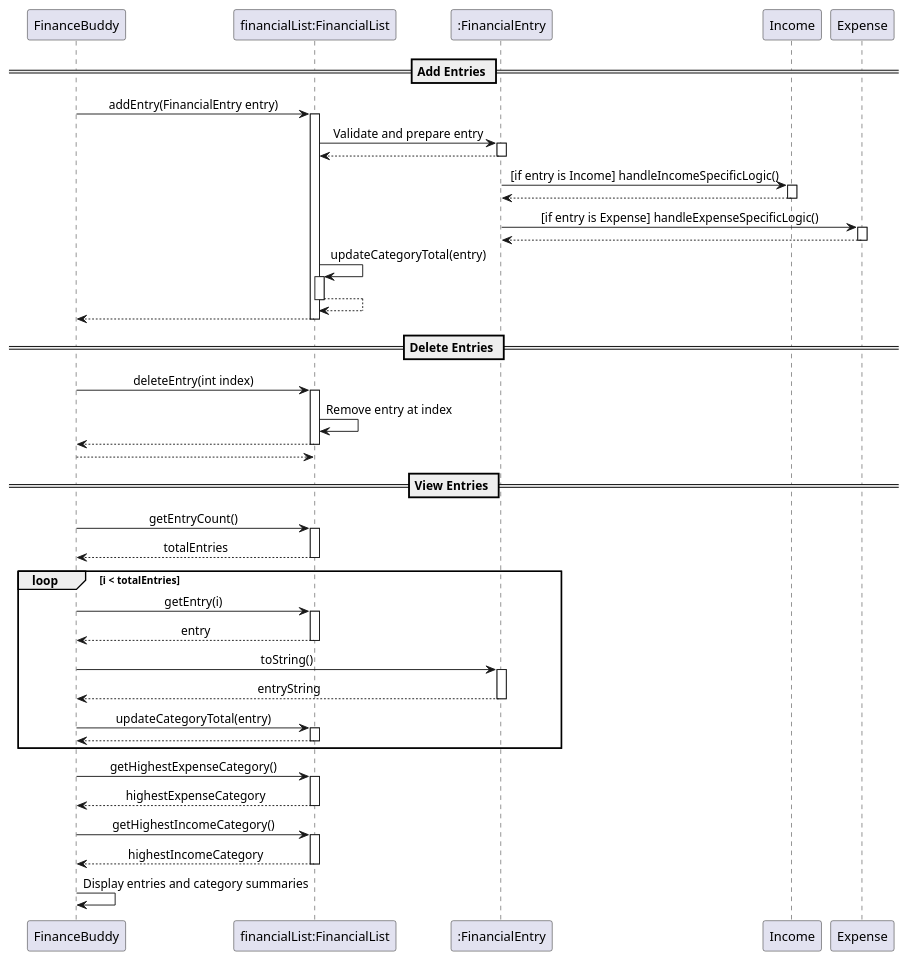
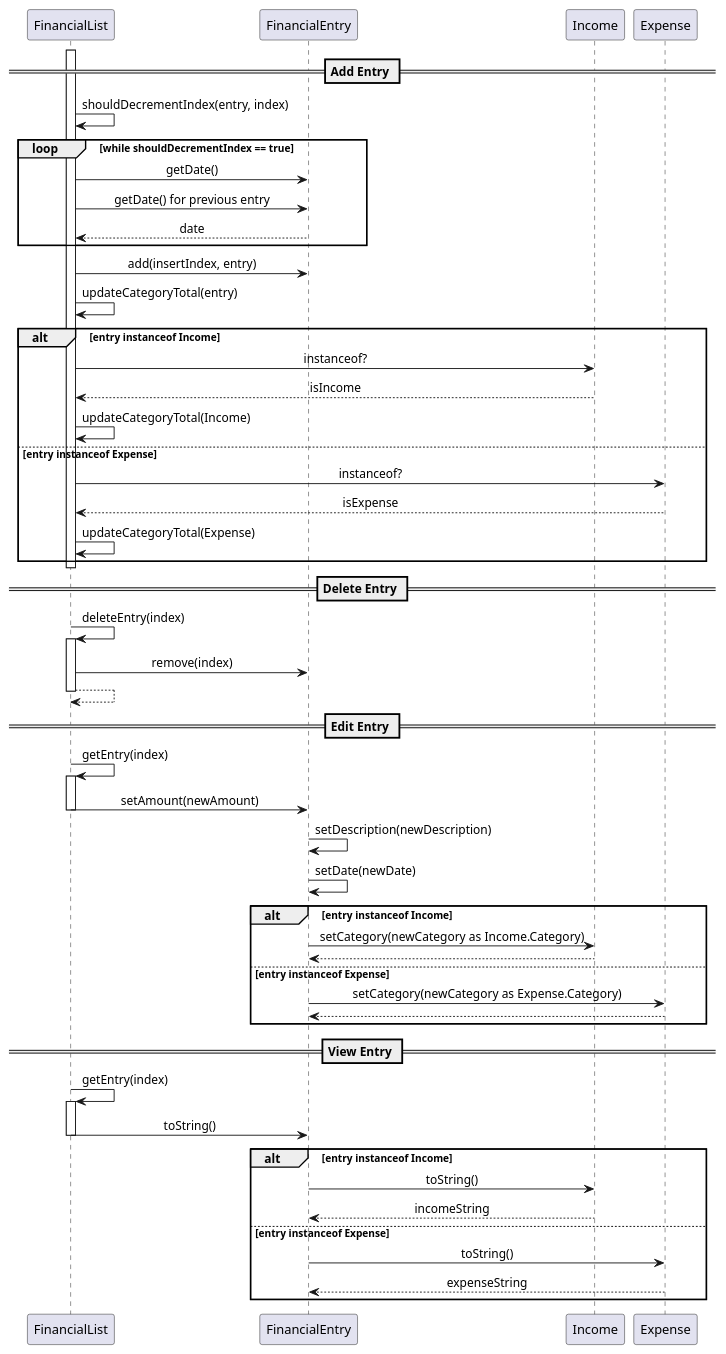
One commit to nus-cs2113-AY2425S1/tp changed the diagram in docs/UML/FinancialEntrySequence.puml. Above: the diagram before and after it, drawn with PlantUML. The commit also changed 1 other file, not shown here.

Commit message:
update Sequence DIagram

```diff
--- a/docs/UML/FinancialEntrySequence.puml
+++ b/docs/UML/FinancialEntrySequence.puml
@@ -1,65 +1,67 @@
 @startuml
 skinparam sequenceMessageAlign center
 skinparam responseMessageBelowArrow true
 
-participant "FinanceBuddy" as fb
-participant "financialList:FinancialList" as list
-participant ":FinancialEntry" as entry
+
+participant "FinancialList" as list
+participant "FinancialEntry" as entry
 participant "Income" as income
 participant "Expense" as expense
 
-== Add Entries ==
-fb -> list : addEntry(FinancialEntry entry)
+== Add Entry ==
 activate list
-list -> entry : Validate and prepare entry
-activate entry
+list -> list : shouldDecrementIndex(entry, index)
+loop while shouldDecrementIndex == true
+    list -> entry : getDate()
+    list -> entry : getDate() for previous entry
+    return date
+end
+list -> entry : add(insertIndex, entry)
+list -> list : updateCategoryTotal(entry)
+alt entry instanceof Income
+    list -> income : instanceof?
+    return isIncome
+    list -> list : updateCategoryTotal(Income)
+else entry instanceof Expense
+    list -> expense : instanceof?
+    return isExpense
+    list -> list : updateCategoryTotal(Expense)
+end
+deactivate list
+
+== Delete Entry ==
+list -> list : deleteEntry(index)
+activate list
+list -> entry : remove(index)
 return
+deactivate list
 
-entry -> income : [if entry is Income] handleIncomeSpecificLogic()
-activate income
-return
-entry -> expense : [if entry is Expense] handleExpenseSpecificLogic()
-activate expense
-return
-
-list -> list : updateCategoryTotal(entry)
+== Edit Entry ==
+list -> list : getEntry(index)
 activate list
-return
-return
-
-== Delete Entries ==
-fb -> list : deleteEntry(int index)
-activate list
-list -> list : Remove entry at index
-return
-return
-
-== View Entries ==
-fb -> list : getEntryCount()
-activate list
-return totalEntries
-
-loop i < totalEntries
-    fb -> list : getEntry(i)
-    activate list
-    return entry
-
-    fb -> entry : toString()
-    activate entry
-    return entryString
-
-    fb -> list : updateCategoryTotal(entry)
-    activate list
+list -> entry : setAmount(newAmount)
+deactivate list
+entry -> entry : setDescription(newDescription)
+entry -> entry : setDate(newDate)
+alt entry instanceof Income
+    entry -> income : setCategory(newCategory as Income.Category)
+    return
+else entry instanceof Expense
+    entry -> expense : setCategory(newCategory as Expense.Category)
     return
 end
 
-fb -> list : getHighestExpenseCategory()
+== View Entry ==
+list -> list : getEntry(index)
 activate list
-return highestExpenseCategory
+list -> entry : toString()
+deactivate list
+alt entry instanceof Income
+    entry -> income : toString()
+    return incomeString
+else entry instanceof Expense
+    entry -> expense : toString()
+    return expenseString
+end
 
-fb -> list : getHighestIncomeCategory()
-activate list
-return highestIncomeCategory
-
-fb -> fb : Display entries and category summaries
 @enduml
```
